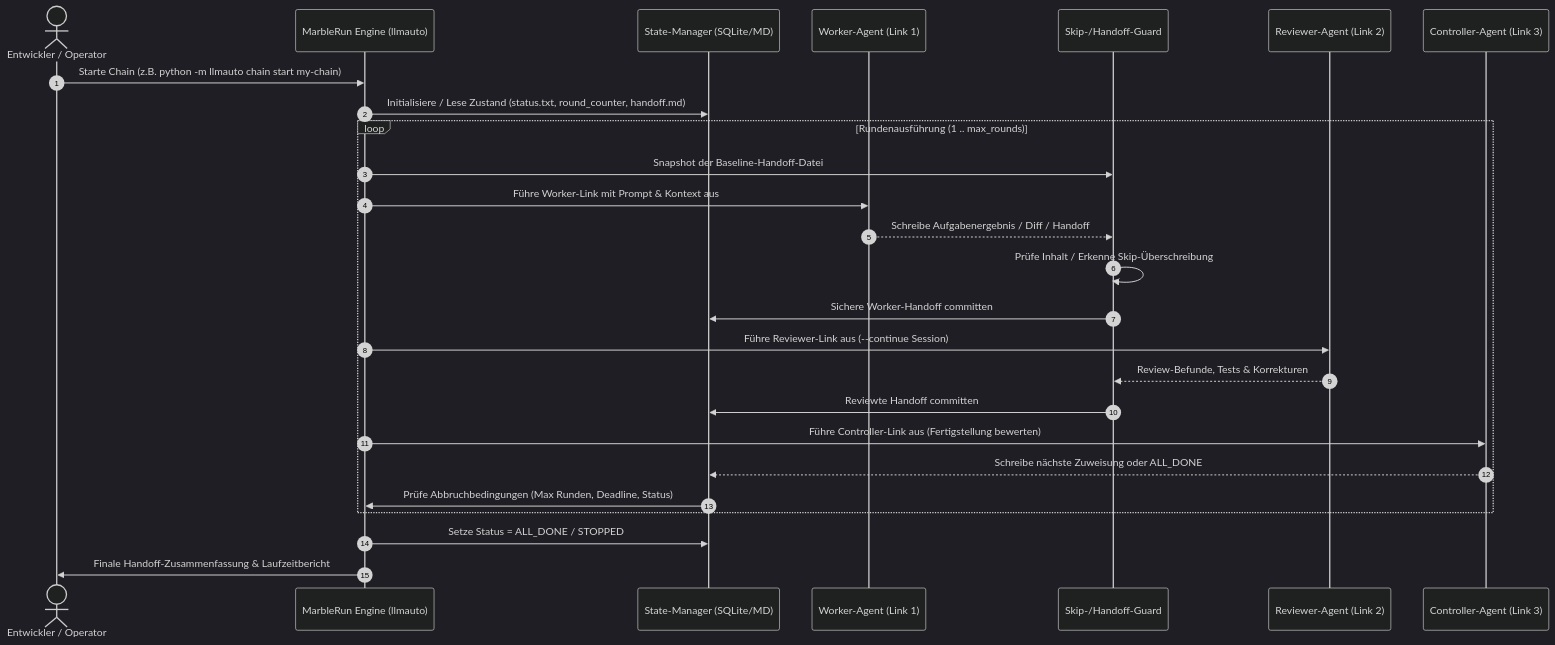
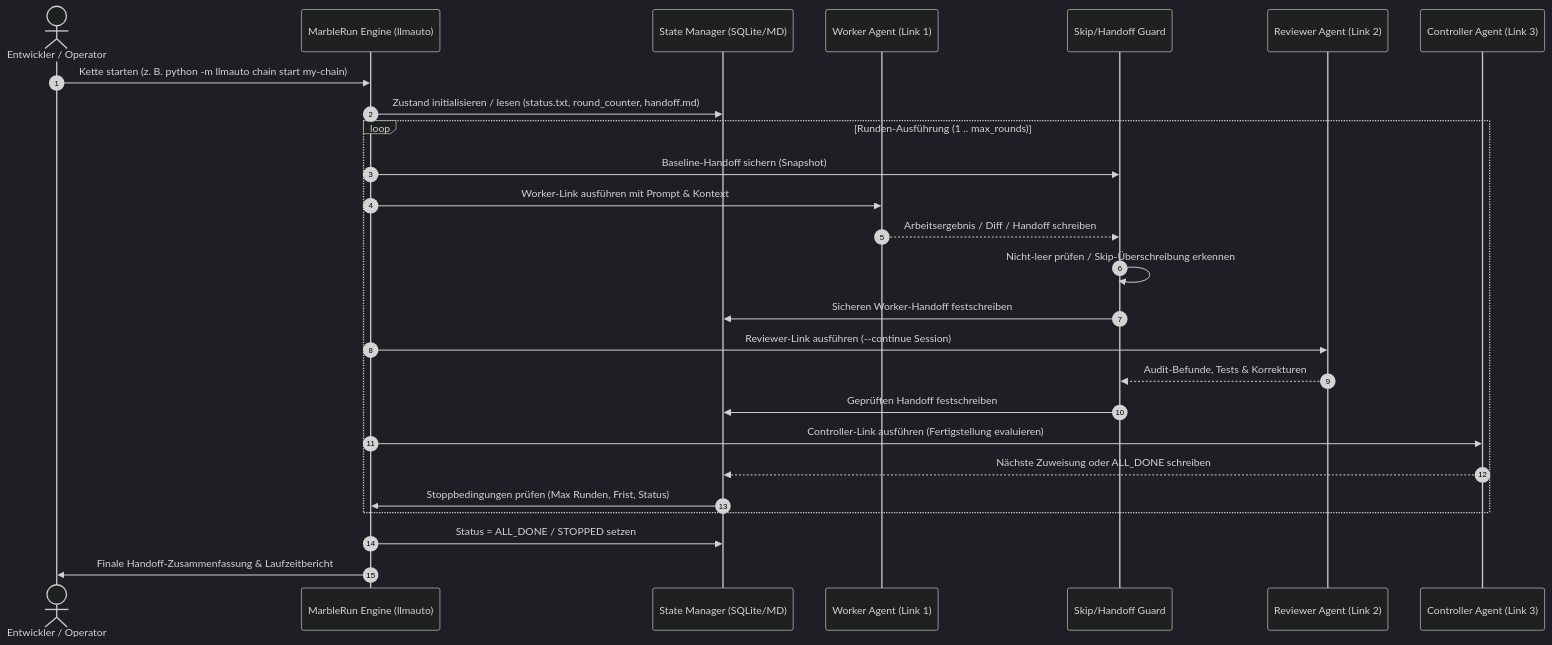
The second of 2 diagrams in README_de.md (ellmos-ai/marblerun), drawn with Mermaid (dark theme) before and after one commit. The commit also changed other lines of this file and 9 other files, not shown here.

````diff
--- a/README_de.md
+++ b/README_de.md
@@ -248,29 +128,29 @@
 ```mermaid
 sequenceDiagram
     autonumber
     actor User as Entwickler / Operator
     participant Runner as MarbleRun Engine (llmauto)
-    participant State as State-Manager (SQLite/MD)
-    participant Worker as Worker-Agent (Link 1)
-    participant Guard as Skip-/Handoff-Guard
-    participant Reviewer as Reviewer-Agent (Link 2)
-    participant Controller as Controller-Agent (Link 3)
+    participant State as State Manager (SQLite/MD)
+    participant Worker as Worker Agent (Link 1)
+    participant Guard as Skip/Handoff Guard
+    participant Reviewer as Reviewer Agent (Link 2)
+    participant Controller as Controller Agent (Link 3)
 
-    User->>Runner: Starte Chain (z.B. python -m llmauto chain start my-chain)
-    Runner->>State: Initialisiere / Lese Zustand (status.txt, round_counter, handoff.md)
-    loop Rundenausführung (1 .. max_rounds)
-        Runner->>Guard: Snapshot der Baseline-Handoff-Datei
-        Runner->>Worker: Führe Worker-Link mit Prompt & Kontext aus
-        Worker-->>Guard: Schreibe Aufgabenergebnis / Diff / Handoff
-        Guard->>Guard: Prüfe Inhalt / Erkenne Skip-Überschreibung
-        Guard->>State: Sichere Worker-Handoff committen
-        Runner->>Reviewer: Führe Reviewer-Link aus (--continue Session)
-        Reviewer-->>Guard: Review-Befunde, Tests & Korrekturen
-        Guard->>State: Reviewte Handoff committen
-        Runner->>Controller: Führe Controller-Link aus (Fertigstellung bewerten)
-        Controller-->>State: Schreibe nächste Zuweisung oder ALL_DONE
-        State->>Runner: Prüfe Abbruchbedingungen (Max Runden, Deadline, Status)
+    User->>Runner: Kette starten (z. B. python -m llmauto chain start my-chain)
+    Runner->>State: Zustand initialisieren / lesen (status.txt, round_counter, handoff.md)
+    loop Runden-Ausführung (1 .. max_rounds)
+        Runner->>Guard: Baseline-Handoff sichern (Snapshot)
+        Runner->>Worker: Worker-Link ausführen mit Prompt & Kontext
+        Worker-->>Guard: Arbeitsergebnis / Diff / Handoff schreiben
+        Guard->>Guard: Nicht-leer prüfen / Skip-Überschreibung erkennen
+        Guard->>State: Sicheren Worker-Handoff festschreiben
+        Runner->>Reviewer: Reviewer-Link ausführen (--continue Session)
+        Reviewer-->>Guard: Audit-Befunde, Tests & Korrekturen
+        Guard->>State: Geprüften Handoff festschreiben
+        Runner->>Controller: Controller-Link ausführen (Fertigstellung evaluieren)
+        Controller-->>State: Nächste Zuweisung oder ALL_DONE schreiben
+        State->>Runner: Stoppbedingungen prüfen (Max Runden, Frist, Status)
     end
-    Runner->>State: Setze Status = ALL_DONE / STOPPED
+    Runner->>State: Status = ALL_DONE / STOPPED setzen
     Runner->>User: Finale Handoff-Zusammenfassung & Laufzeitbericht
 ```
````
